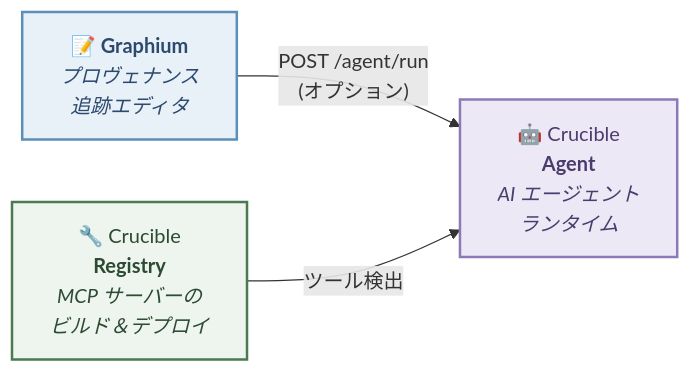
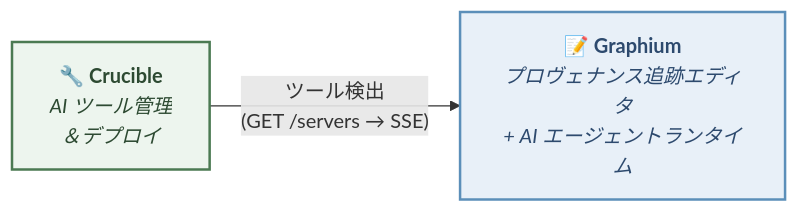
Before and after one commit to kumagallium/provnote: the diagram in README.ja.md, drawn with Mermaid. The commit also changed other lines of this file and 29 other files, not shown here.

````diff
--- a/README.ja.md
+++ b/README.ja.md
@@ -208,13 +197,10 @@
 ```mermaid
 graph LR
-    Graphium["📝 <b>Graphium</b><br/><i>プロヴェナンス<br/>追跡エディタ</i>"]
-    Agent["🤖 Crucible<br/><b>Agent</b><br/><i>AI エージェント<br/>ランタイム</i>"]
-    Registry["🔧 Crucible<br/><b>Registry</b><br/><i>MCP サーバーの<br/>ビルド＆デプロイ</i>"]
+    Graphium["📝 <b>Graphium</b><br/><i>プロヴェナンス追跡エディタ<br/>+ AI エージェントランタイム</i>"]
+    Registry["🔧 <b>Crucible</b><br/><i>AI ツール管理<br/>＆デプロイ</i>"]
 
-    Graphium -- "POST /agent/run<br/>(オプション)" --> Agent
-    Registry -- "ツール検出" --> Agent
+    Registry -- "ツール検出<br/>(GET /servers → SSE)" --> Graphium
 
     style Graphium fill:#e8f0f8,stroke:#5b8fb9,stroke-width:2px,color:#2d4a6e
-    style Agent fill:#ede8f5,stroke:#8b7ab5,stroke-width:2px,color:#4a3d6e
     style Registry fill:#edf5ee,stroke:#4B7A52,stroke-width:2px,color:#2d4a32
 ```
````
